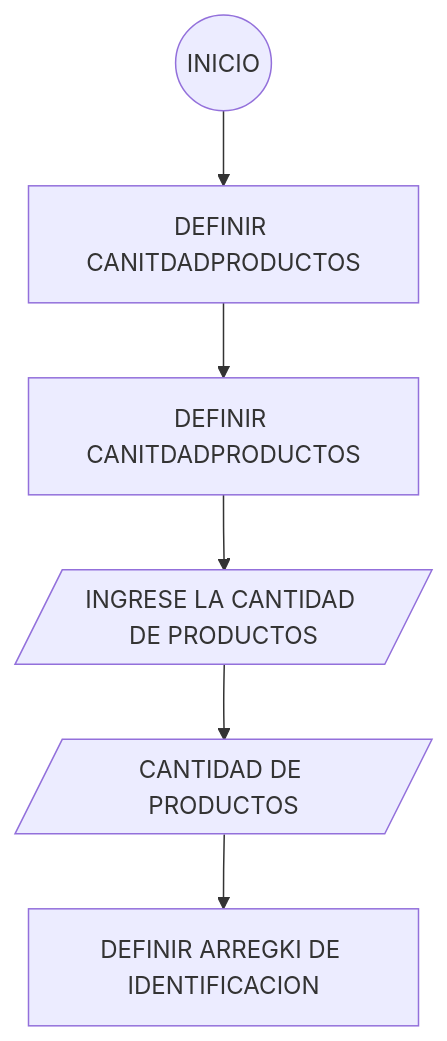
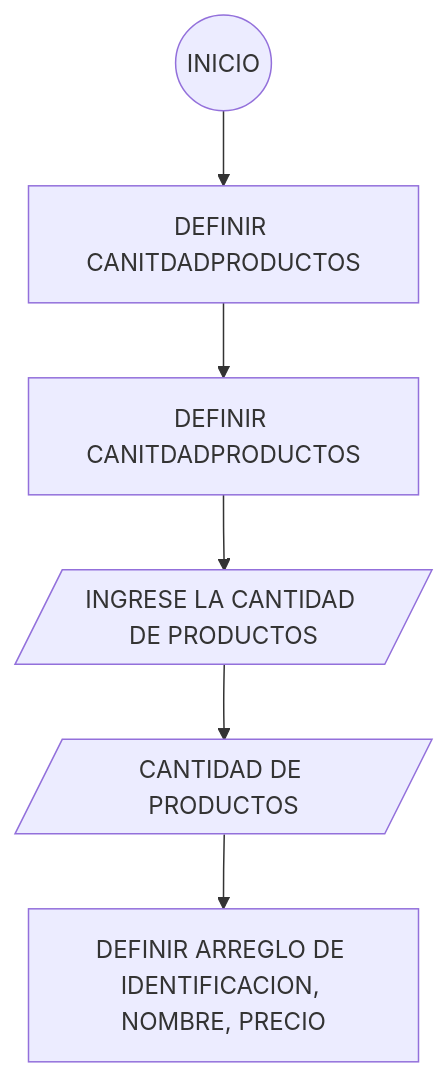
One commit to Deison12/Taller1.github.io changed the diagram in README.MD. Above: the diagram before and after it, drawn with Mermaid.

````diff
--- a/README.MD
+++ b/README.MD
@@ -15,17 +15,17 @@
 ```mermaid
  flowchart TD
  A(("INICIO"))
  B[DEFINIR CANITDADPRODUCTOS]
  C[DEFINIR CANITDADPRODUCTOS]
  D[/INGRESE LA CANTIDAD DE PRODUCTOS/]
  E[/CANTIDAD DE PRODUCTOS/]
- F[DEFINIR ARREGKI DE IDENTIFICACION]
+ F[DEFINIR ARREGLO DE IDENTIFICACION, NOMBRE, PRECIO]
  
     A-->B;
     B-->C;
     C-->D;
     D-->E;
     E-->F;
     
     
 ```
````
